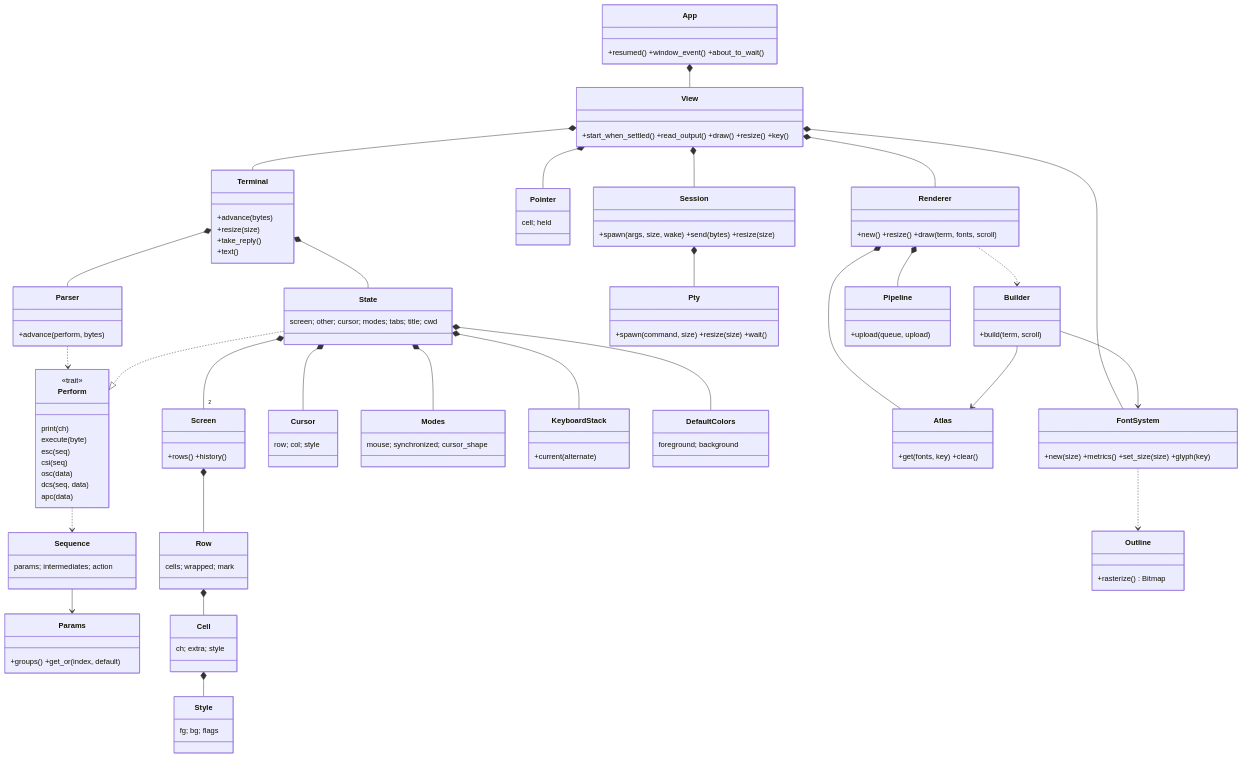
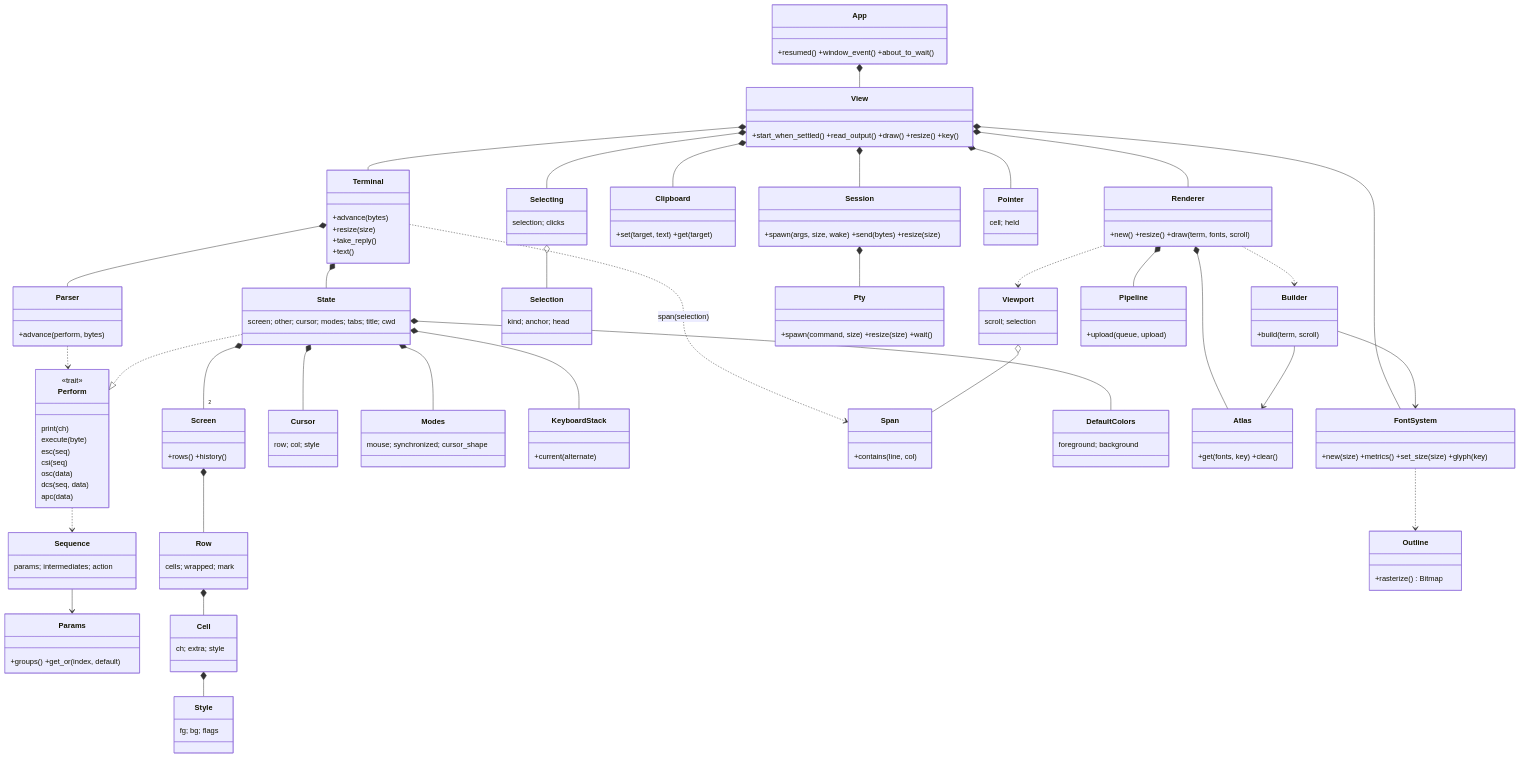
The second of 3 diagrams in docs/UML.md (Utkautka1/DimaSter), drawn with Mermaid before and after one commit. The commit also changed 19 other files, not shown here.

````diff
--- a/docs/UML.md
+++ b/docs/UML.md
@@ -18,71 +18,82 @@
 ```mermaid
 classDiagram
     class Parser { +advance(perform, bytes) }
     class Perform {
         <<trait>>
         print(ch)
         execute(byte)
         esc(seq)
         csi(seq)
         osc(data)
         dcs(seq, data)
         apc(data)
     }
     class Sequence { params; intermediates; action }
     class Params { +groups() +get_or(index, default) }
     class Terminal {
         +advance(bytes)
         +resize(size)
         +take_reply()
         +text()
     }
     class State { screen; other; cursor; modes; tabs; title; cwd }
     class Screen { +rows() +history() }
     class Row { cells; wrapped; mark }
     class Cell { ch; extra; style }
     class Style { fg; bg; flags }
     class Cursor { row; col; style }
     class Modes { mouse; synchronized; cursor_shape }
     class KeyboardStack { +current(alternate) }
+    class Selection { kind; anchor; head }
+    class Span { +contains(line, col) }
+    class Selecting { selection; clicks }
+    class Clipboard { +set(target, text) +get(target) }
+    class Viewport { scroll; selection }
+    View *-- Selecting
+    View *-- Clipboard
+    Selecting o-- Selection
+    Terminal ..> Span : span(selection)
+    Renderer ..> Viewport
+    Viewport o-- Span
     class DefaultColors { foreground; background }
     class Pointer { cell; held }
     State *-- KeyboardStack
     State *-- DefaultColors
     View *-- Pointer
     class Pty { +spawn(command, size) +resize(size) +wait() }
     class App { +resumed() +window_event() +about_to_wait() }
     class View { +start_when_settled() +read_output() +draw() +resize() +key() }
     class Session { +spawn(args, size, wake) +send(bytes) +resize(size) }
     class Renderer { +new() +resize() +draw(term, fonts, scroll) }
     class Builder { +build(term, scroll) }
     class Atlas { +get(fonts, key) +clear() }
     class Pipeline { +upload(queue, upload) }
     class FontSystem { +new(size) +metrics() +set_size(size) +glyph(key) }
     class Outline { +rasterize() Bitmap }
 
     App *-- View
     View *-- Terminal
     View *-- Session
     View *-- Renderer
     View *-- FontSystem
     Session *-- Pty
     Renderer *-- Atlas
     Renderer *-- Pipeline
     Renderer ..> Builder
     Builder --> Atlas
     Builder --> FontSystem
     FontSystem ..> Outline
 
     Terminal *-- Parser
     Terminal *-- State
     Parser ..> Perform
     Perform ..> Sequence
     Sequence --> Params
     State ..|> Perform
     State *-- "2" Screen
     State *-- Cursor
     State *-- Modes
     Screen *-- Row
     Row *-- Cell
     Cell *-- Style
 ```
````
